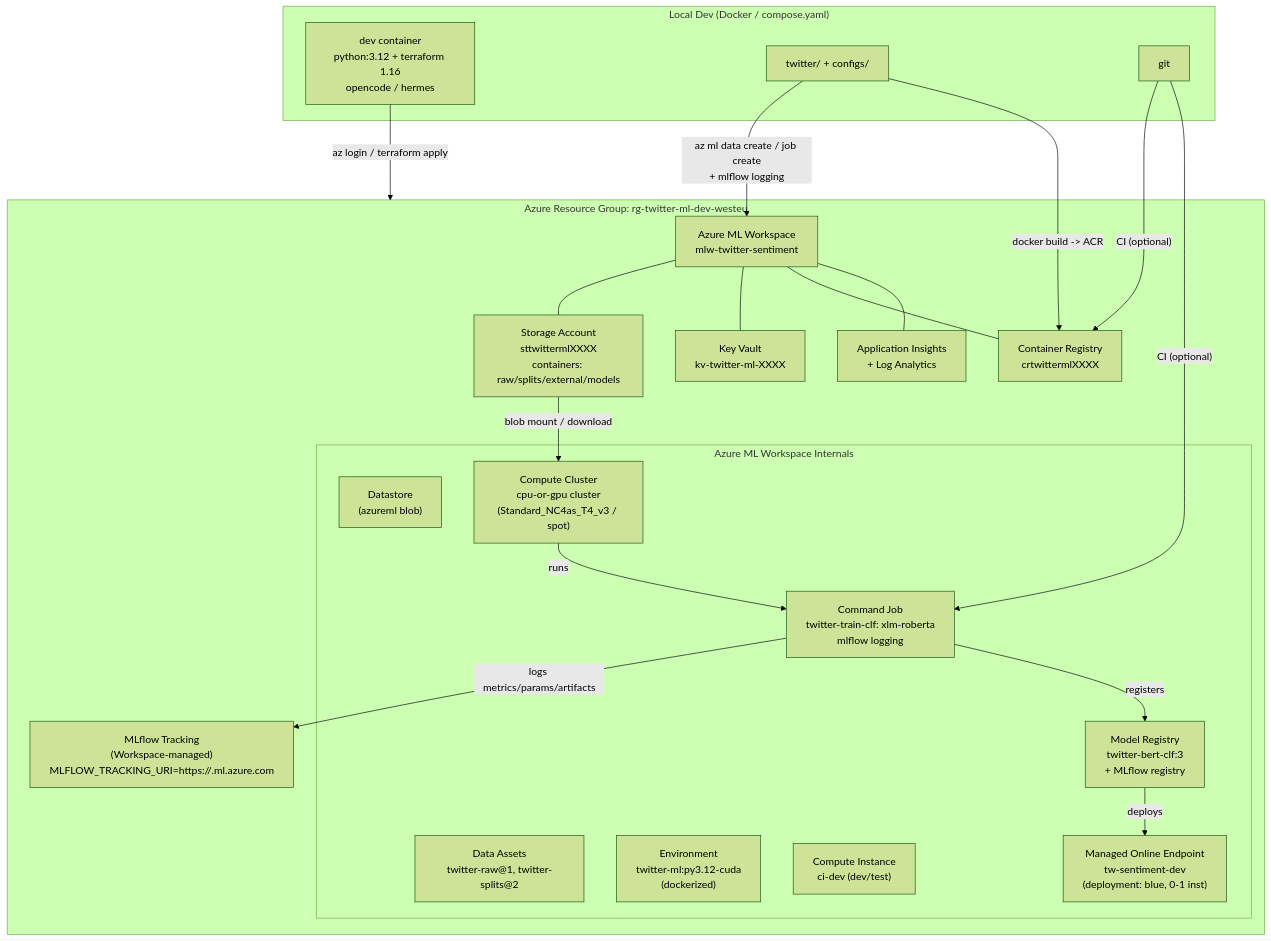
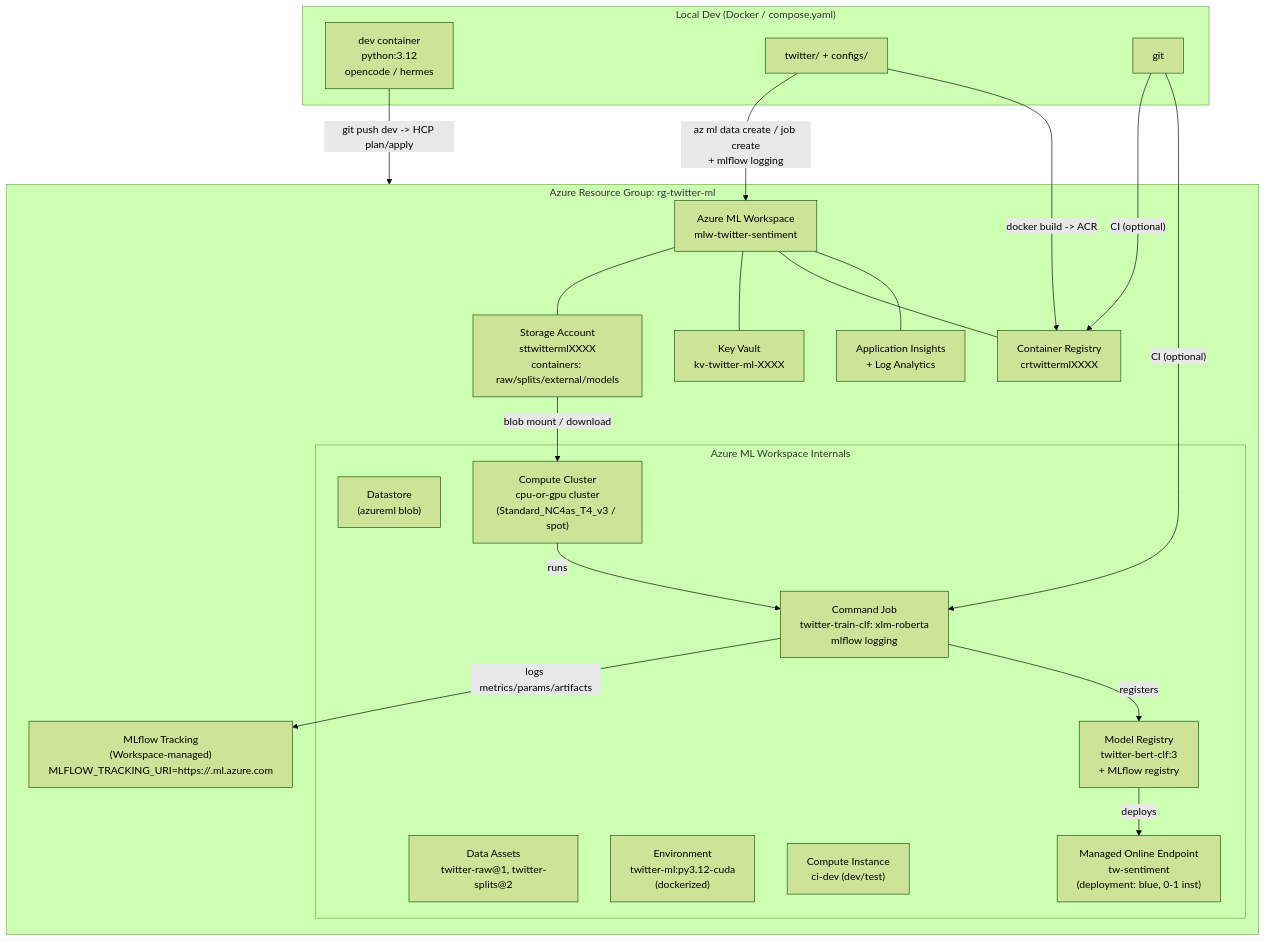
The first of 2 diagrams in docs/azure-infrastructure-plan.md (michaelschott00/twitter-sentiment-analysis), drawn with Mermaid (forest theme) before and after one commit. The commit also changed other lines of this file and 4 other files, not shown here.

````diff
--- a/docs/azure-infrastructure-plan.md
+++ b/docs/azure-infrastructure-plan.md
@@ -79,44 +75,44 @@
 ```mermaid
 flowchart TB
     subgraph Local["Local Dev (Docker / compose.yaml)"]
-        DEV["dev container\npython:3.12 + terraform 1.16\nopencode / hermes"]
+        DEV["dev container\npython:3.12\nopencode / hermes"]
         CODE["twitter/ + configs/"]
         GIT["git"]
     end
 
-    subgraph AzureRG["Azure Resource Group: rg-twitter-ml-dev-westeu"]
+    subgraph AzureRG["Azure Resource Group: rg-twitter-ml"]
         ST["Storage Account\nsttwittermlXXXX\ncontainers: raw/splits/external/models"]
         KV["Key Vault\nkv-twitter-ml-XXXX"]
         ACR["Container Registry\ncrtwittermlXXXX"]
         AI["Application Insights\n+ Log Analytics"]
         WS["Azure ML Workspace\nmlw-twitter-sentiment"]
 
         WS --- ST
         WS --- KV
         WS --- ACR
         WS --- AI
 
         subgraph AML["Azure ML Workspace Internals"]
             DS["Datastore\n(azureml blob)"]
             DA["Data Assets\ntwitter-raw@1, twitter-splits@2"]
             ENV["Environment\ntwitter-ml:py3.12-cuda\n(dockerized)"]
             COMP_CLUSTER["Compute Cluster\ncpu-or-gpu cluster\n(Standard_NC4as_T4_v3 / spot)"]
             COMP_INST["Compute Instance\nci-dev (dev/test)"]
             JOB["Command Job\ntwitter-train-clf: xlm-roberta\nmlflow logging"]
             REG["Model Registry\ntwitter-bert-clf:3\n+ MLflow registry"]
-            EP["Managed Online Endpoint\ntw-sentiment-dev\n(deployment: blue, 0-1 inst)"]
+            EP["Managed Online Endpoint\ntw-sentiment\n(deployment: blue, 0-1 inst)"]
         end
 
         MLFLOW["MLflow Tracking\n(Workspace-managed)\nMLFLOW_TRACKING_URI=https://<ws>.ml.azure.com"]
     end
 
-    DEV -- "az login / terraform apply" --> AzureRG
+    DEV -- "git push dev -> HCP plan/apply" --> AzureRG
     CODE -- "az ml data create / job create\n+ mlflow logging" --> WS
     CODE -- "docker build -> ACR" --> ACR
     ST -- "blob mount / download" --> COMP_CLUSTER
     COMP_CLUSTER -- "runs" --> JOB
     JOB -- "logs metrics/params/artifacts" --> MLFLOW
     JOB -- "registers" --> REG
     REG -- "deploys" --> EP
     GIT -- "CI (optional)" --> ACR & JOB
 ```
````
